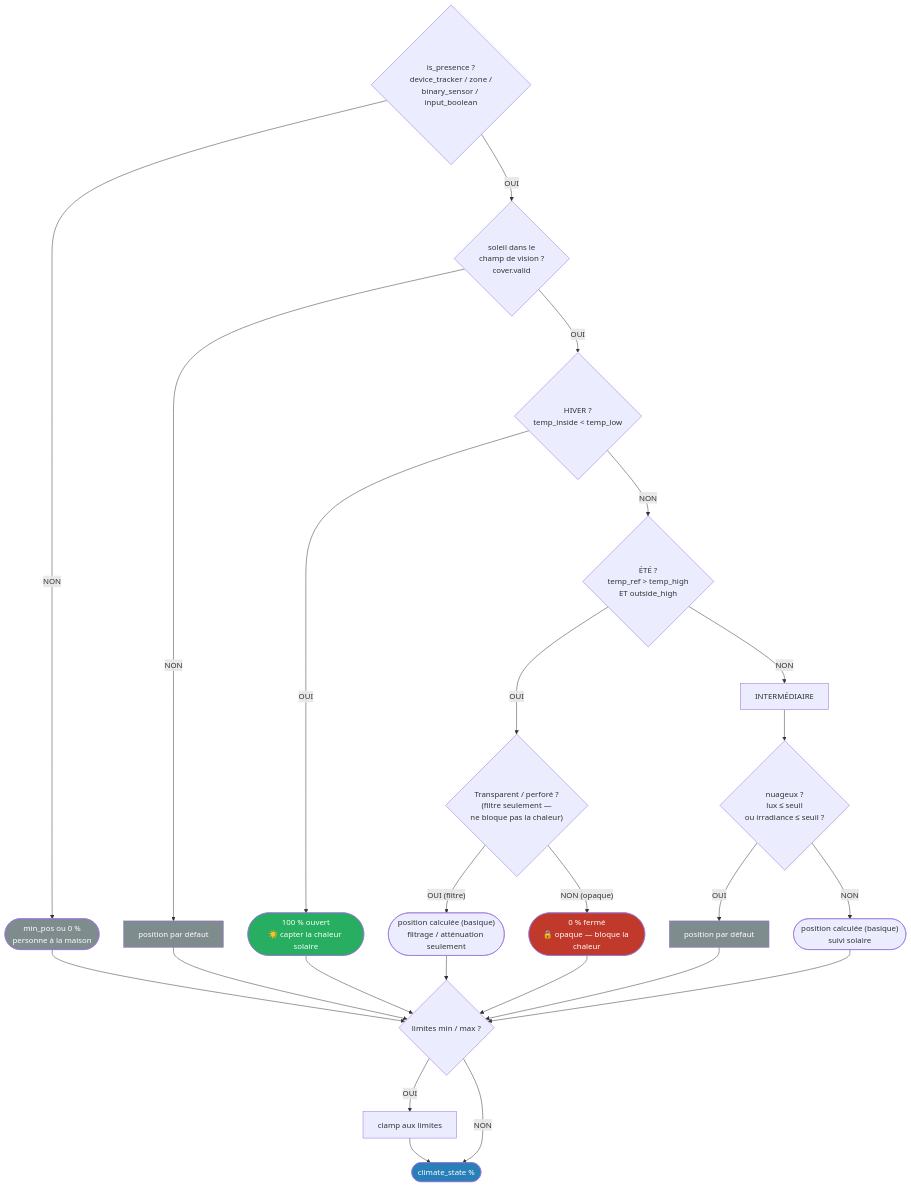
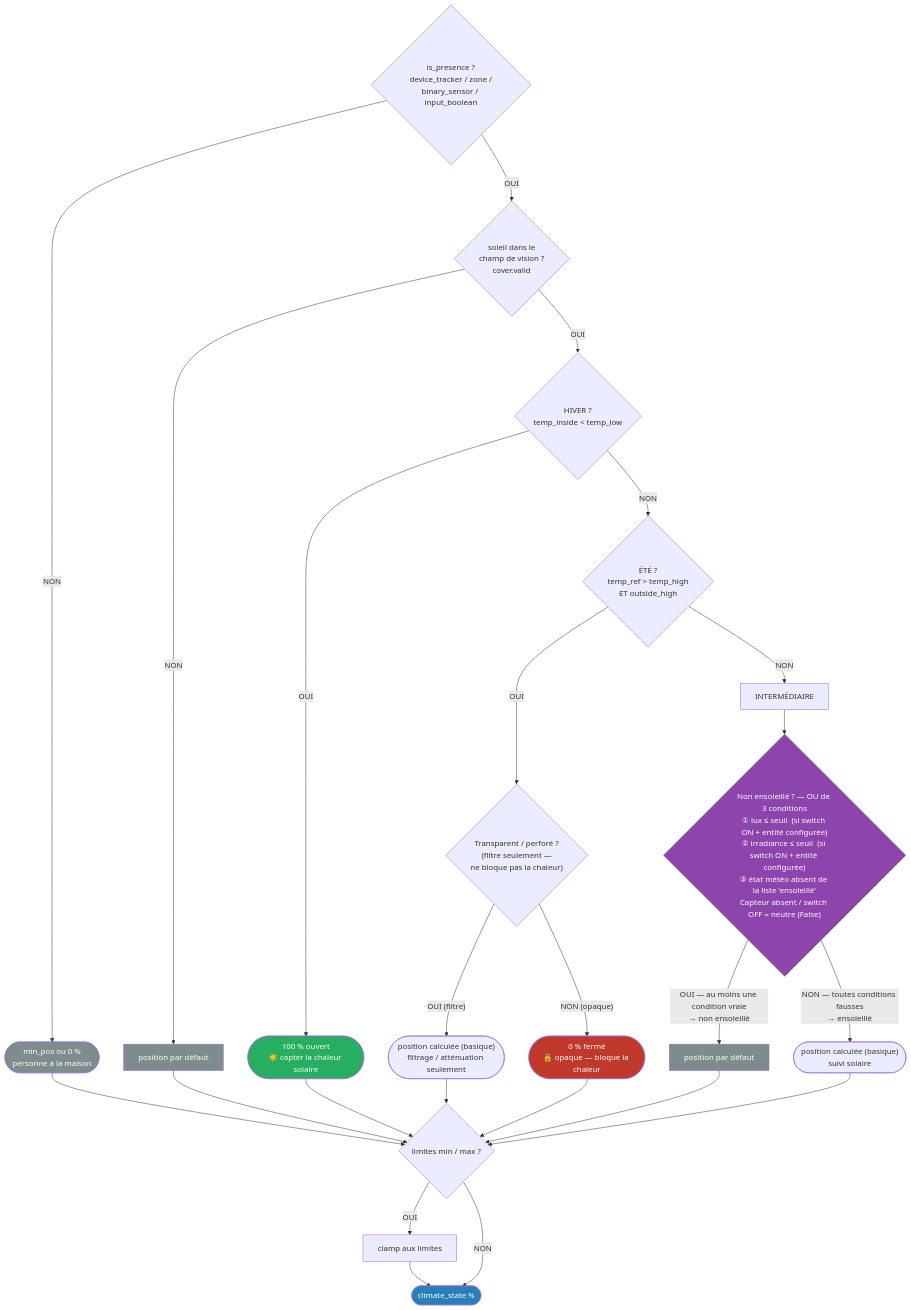
One commit to basbruss/adaptive-cover changed the fourth of 4 diagrams in custom_components/adaptive_cover/README.fr.md. Above: the diagram before and after it, drawn with Mermaid. The commit also changed other lines of this file, not shown here.

Commit message:
clarify: nœud LUX dans le flowchart climatique — logique OR, 3e condition météo, capteur absent = neutre

````diff
--- a/custom_components/adaptive_cover/README.fr.md
+++ b/custom_components/adaptive_cover/README.fr.md
@@ -172,44 +172,45 @@
 ```mermaid
 flowchart TD
     PRES{"is_presence ?\ndevice_tracker / zone /\nbinary_sensor / input_boolean"}
     NONE(["min_pos  ou  0 %\npersonne à la maison"])
     FOV{"soleil dans le\nchamp de vision ?\ncover.valid"}
     DDEF["position par défaut"]
     WIN{"HIVER ?\ntemp_inside < temp_low"}
     C100(["100 % ouvert\n☀️ capter la chaleur solaire"])
     SUM{"ÉTÉ ?\ntemp_ref > temp_high\nET outside_high"}
     TRANS{"Transparent / perforé ?\n(filtre seulement —\nne bloque pas la chaleur)"}
     BCALC(["position calculée (basique)\nfiltrage / atténuation seulement"])
     ZERO(["0 % fermé\n🔒 opaque — bloque la chaleur"])
     INTER["INTERMÉDIAIRE"]
-    LUX{"nuageux ?\nlux ≤ seuil\nou irradiance ≤ seuil ?"}
+    LUX{"Non ensoleillé ? — OU de 3 conditions\n① lux ≤ seuil  (si switch ON + entité configurée)\n② irradiance ≤ seuil  (si switch ON + entité configurée)\n③ état météo absent de la liste 'ensoleillé'\nCapteur absent / switch OFF = neutre (False)"}
     LDEF["position par défaut"]
     LCALC(["position calculée (basique)\nsuivi solaire"])
     MM{"limites min / max ?"}
     CLAMP["clamp aux limites"]
     COUT(["climate_state  %"])
 
     PRES -->|NON| NONE
     PRES -->|OUI| FOV
     FOV -->|NON| DDEF
     FOV -->|OUI| WIN
     WIN -->|OUI| C100
     WIN -->|NON| SUM
     SUM -->|OUI| TRANS
     TRANS -->|"OUI (filtre)"| BCALC
     TRANS -->|"NON (opaque)"| ZERO
     SUM -->|NON| INTER --> LUX
-    LUX -->|OUI| LDEF
-    LUX -->|NON| LCALC
+    LUX -->|"OUI — au moins une condition vraie\n→ non ensoleillé"| LDEF
+    LUX -->|"NON — toutes conditions fausses\n→ ensoleillé"| LCALC
 
     NONE & DDEF & C100 & BCALC & ZERO & LDEF & LCALC --> MM
     MM -->|OUI| CLAMP --> COUT
     MM -->|NON| COUT
 
     style C100 fill:#27ae60,color:#fff
     style ZERO fill:#c0392b,color:#fff
     style NONE fill:#7f8c8d,color:#fff
     style DDEF fill:#7f8c8d,color:#fff
     style LDEF fill:#7f8c8d,color:#fff
     style COUT fill:#2980b9,color:#fff
+    style LUX fill:#8e44ad,color:#fff,stroke:#6c3483
 ```
````
